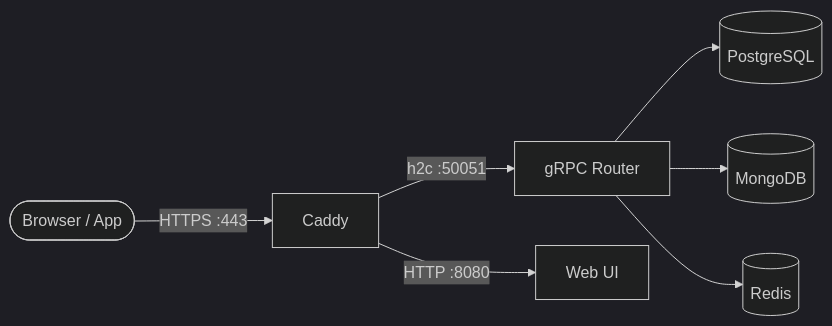
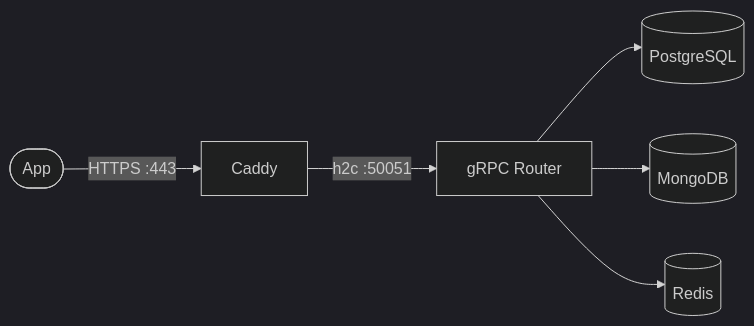
One commit to Xeze-org/Database-Router changed the diagram in ansible/README.md. Above: the diagram before and after it, drawn with Mermaid (dark theme). The commit also changed other lines of this file and 18 other files, not shown here.

````diff
--- a/ansible/README.md
+++ b/ansible/README.md
@@ -9,9 +9,8 @@
 ```mermaid
 flowchart LR
-    A([Browser / App]) -->|HTTPS :443| C[Caddy]
+    A([App]) -->|HTTPS :443| C[Caddy]
     C -->|h2c :50051| G[gRPC Router]
-    C -->|HTTP :8080| W[Web UI]
     G --> P[(PostgreSQL)]
     G --> M[(MongoDB)]
     G --> R[(Redis)]
 ```
````
